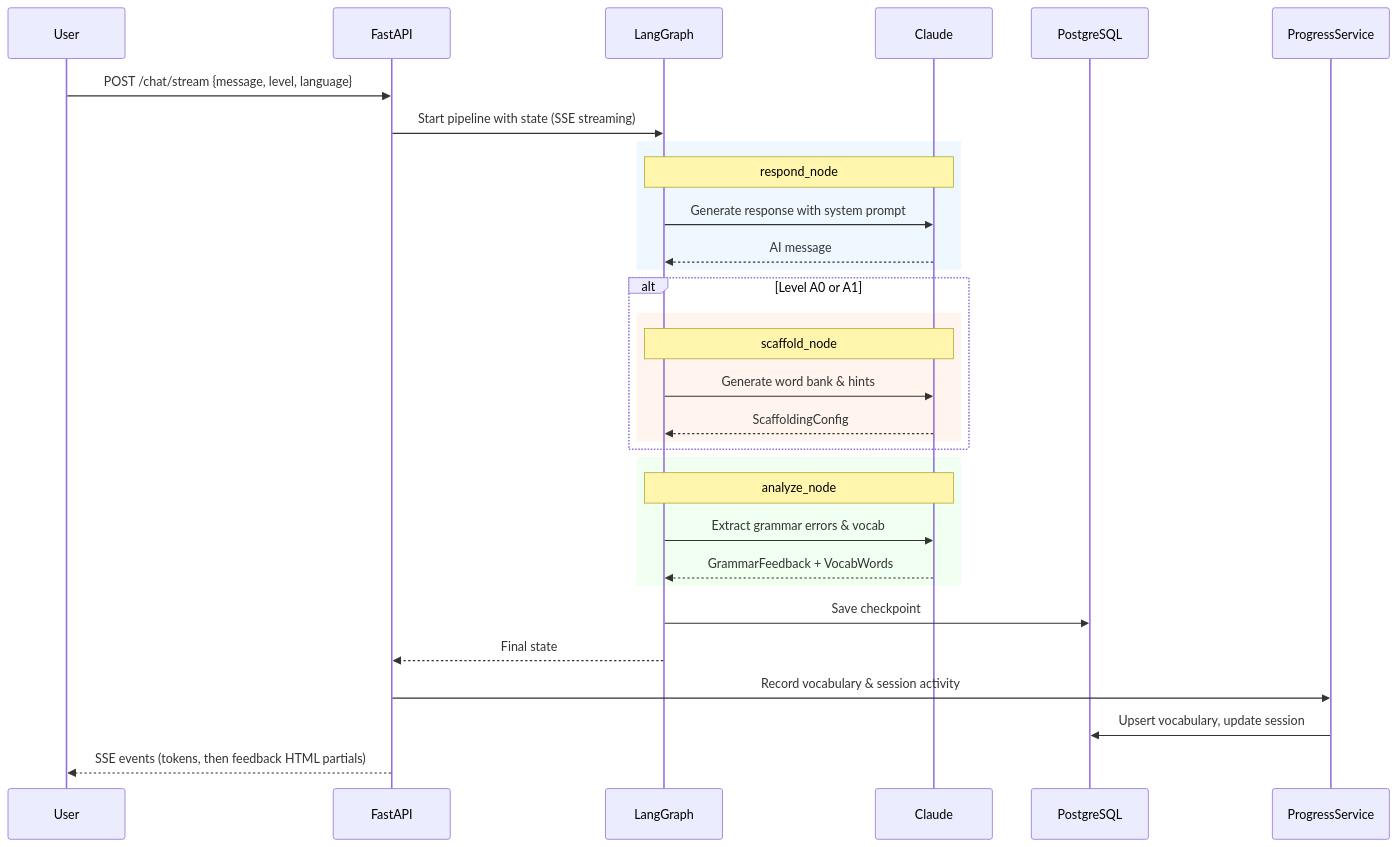
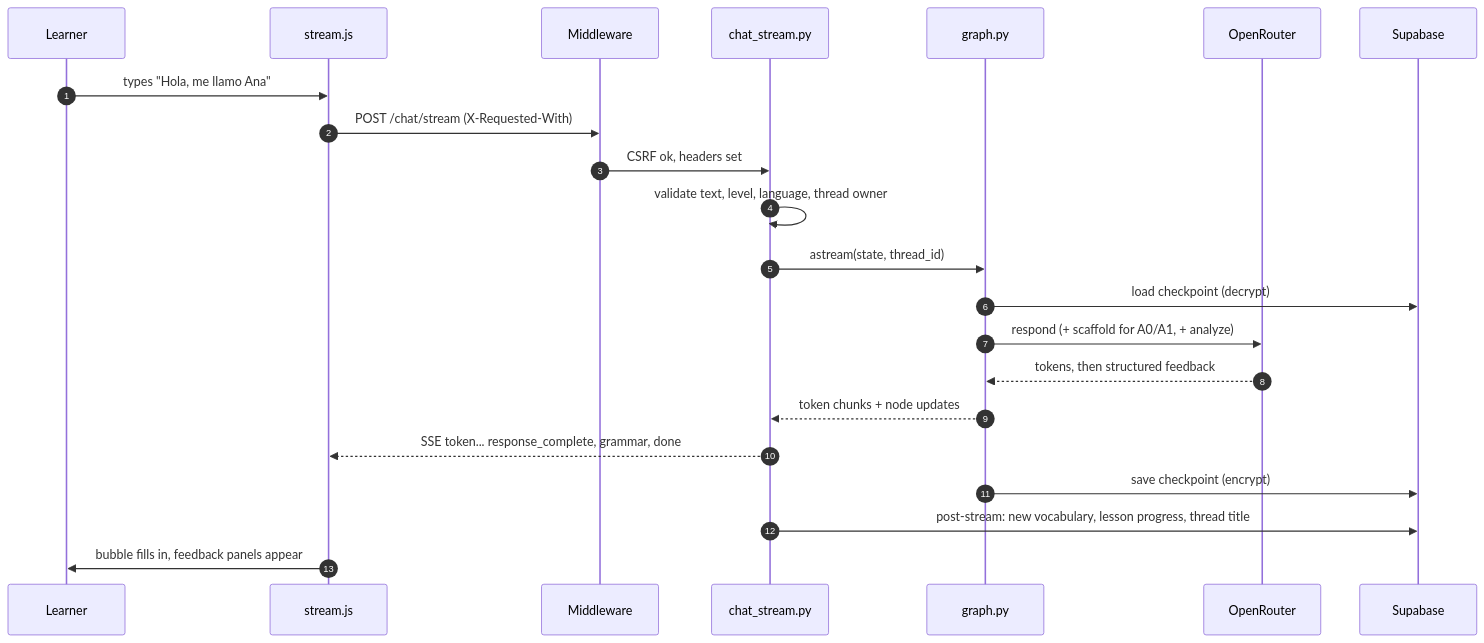
The second of 3 diagrams in docs/codebase-summary.md (darth-dodo/habla-hermano), drawn with Mermaid before and after one commit. The commit also changed other lines of this file and 10 other files, not shown here.

````diff
--- a/docs/codebase-summary.md
+++ b/docs/codebase-summary.md
@@ -441,38 +47,25 @@
 ```mermaid
 sequenceDiagram
-    participant U as User
-    participant API as FastAPI
-    participant G as LangGraph
-    participant AI as Claude
-    participant DB as PostgreSQL
-    participant PS as ProgressService
+    autonumber
+    participant U as Learner
+    participant S as stream.js
+    participant MW as Middleware
+    participant R as chat_stream.py
+    participant G as graph.py
+    participant LLM as OpenRouter
+    participant DB as Supabase
 
-    U->>API: POST /chat/stream {message, level, language}
-    API->>G: Start pipeline with state (SSE streaming)
-
-    rect rgb(240, 248, 255)
-        Note over G,AI: respond_node
-        G->>AI: Generate response with system prompt
-        AI-->>G: AI message
-    end
-
-    alt Level A0 or A1
-        rect rgb(255, 245, 238)
-            Note over G,AI: scaffold_node
-            G->>AI: Generate word bank & hints
-            AI-->>G: ScaffoldingConfig
-        end
-    end
-
-    rect rgb(240, 255, 240)
-        Note over G,AI: analyze_node
-        G->>AI: Extract grammar errors & vocab
-        AI-->>G: GrammarFeedback + VocabWords
-    end
-
-    G->>DB: Save checkpoint
-    G-->>API: Final state
-    API->>PS: Record vocabulary & session activity
-    PS->>DB: Upsert vocabulary, update session
-    API-->>U: SSE events (tokens, then feedback HTML partials)
+    U->>S: types "Hola, me llamo Ana"
+    S->>MW: POST /chat/stream (X-Requested-With)
+    MW->>R: CSRF ok, headers set
+    R->>R: validate text, level, language, thread owner
+    R->>G: astream(state, thread_id)
+    G->>DB: load checkpoint (decrypt)
+    G->>LLM: respond (+ scaffold for A0/A1, + analyze)
+    LLM-->>G: tokens, then structured feedback
+    G-->>R: token chunks + node updates
+    R-->>S: SSE token... response_complete, grammar, done
+    G->>DB: save checkpoint (encrypt)
+    R->>DB: post-stream: new vocabulary, lesson progress, thread title
+    S->>U: bubble fills in, feedback panels appear
 ```
````
